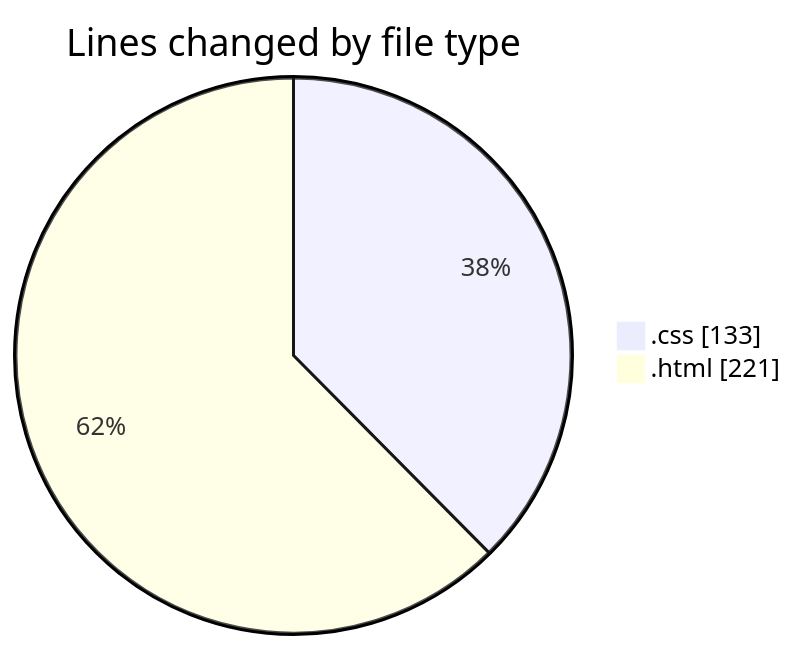
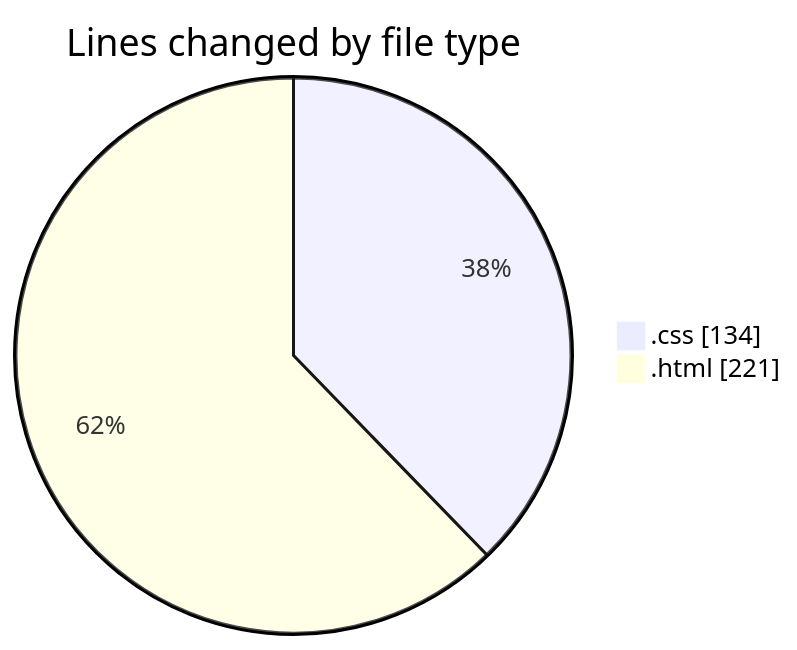
Before and after one commit to NitaiMahat/code-tracking: the first of 2 diagrams in 2025-02-04/recipe-page-main/README.md, drawn with Mermaid. The commit also changed other lines of this file and 1 other file, not shown here.

````diff
--- a/2025-02-04/recipe-page-main/README.md
+++ b/2025-02-04/recipe-page-main/README.md
@@ -21,6 +21,6 @@
 ```mermaid
 pie showData
 title Lines changed by file type
-".css" : 133
+".css" : 134
 ".html" : 221
 ```
````
